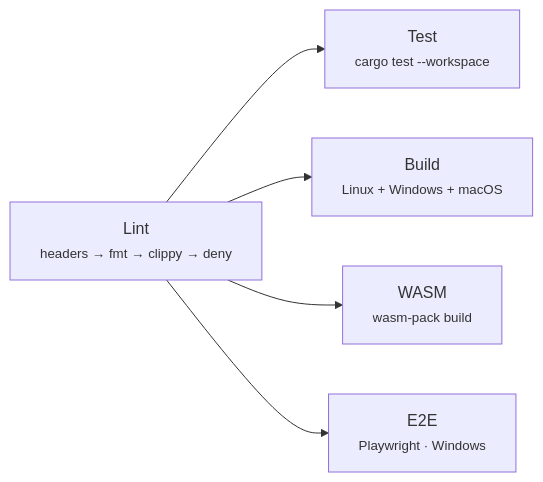
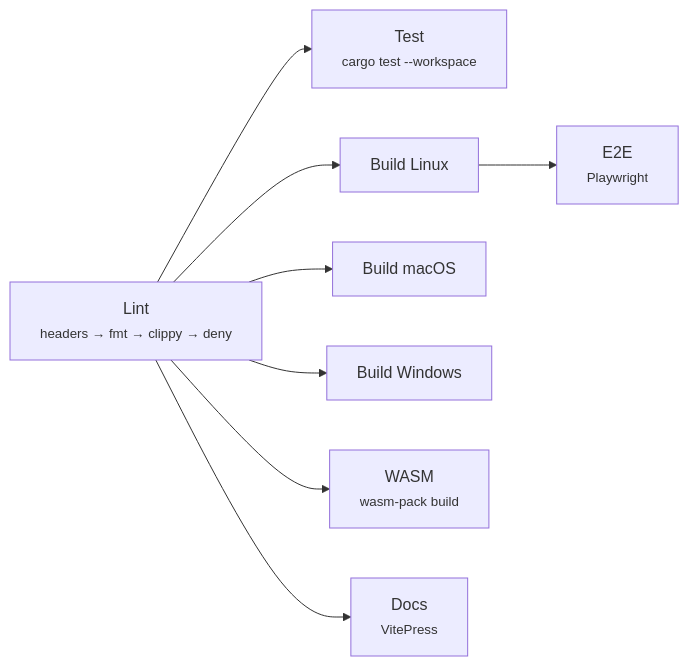
The diagram in README.md (microsoft/webui), drawn with Mermaid before and after one commit. The commit also changed other lines of this file and 54 other files, not shown here.

````diff
--- a/README.md
+++ b/README.md
@@ -55,13 +55,19 @@
 ```mermaid
 graph LR
     lint["Lint<br/><small>headers → fmt → clippy → deny</small>"]
     test["Test<br/><small>cargo test --workspace</small>"]
-    build["Build<br/><small>Linux + Windows + macOS</small>"]
+    buildL["Build Linux"]
+    buildM["Build macOS"]
+    buildW["Build Windows"]
     wasm["WASM<br/><small>wasm-pack build</small>"]
-    e2e["E2E<br/><small>Playwright · Windows</small>"]
+    docs["Docs<br/><small>VitePress</small>"]
+    e2e["E2E<br/><small>Playwright</small>"]
 
     lint --> test
-    lint --> build
+    lint --> buildL
+    lint --> buildM
+    lint --> buildW
     lint --> wasm
-    lint --> e2e
+    lint --> docs
+    buildL --> e2e
 ```
````
